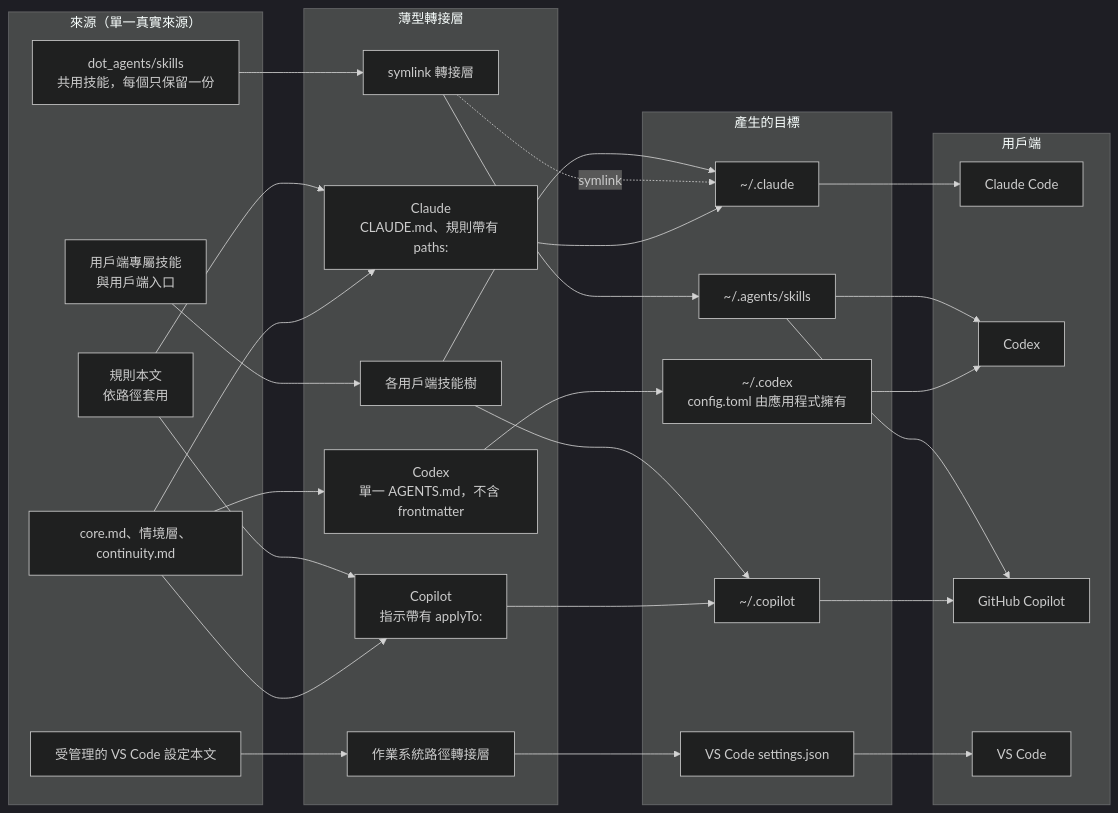
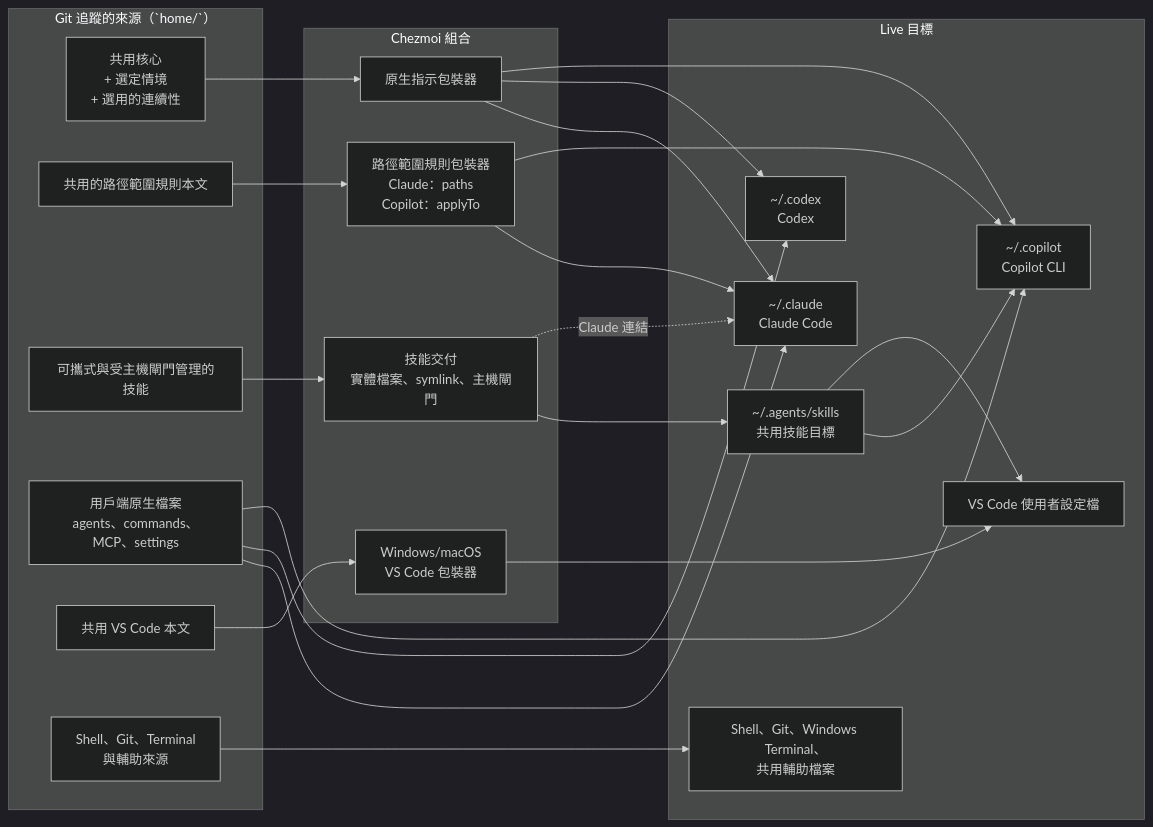
The diagram in README.zh-TW.md (sherrilla71940/dotfiles), drawn with Mermaid (dark theme) before and after one commit. The commit also changed other lines of this file and 2 other files, not shown here.

````diff
--- a/README.zh-TW.md
+++ b/README.zh-TW.md
@@ -44,59 +79,50 @@
-~~~mermaid
+```mermaid
 flowchart LR
-    subgraph sourceState["來源（單一真實來源）"]
-        core["core.md、情境層、continuity.md"]
-        rules["規則本文<br/>依路徑套用"]
-        vscodeBody["受管理的 VS Code 設定本文"]
-        sharedSkills["dot_agents/skills<br/>共用技能，每個只保留一份"]
-        clientSkills["用戶端專屬技能<br/>與用戶端入口"]
+    subgraph source["Git 追蹤的來源（`home/`）"]
+        core["共用核心<br/>+ 選定情境<br/>+ 選用的連續性"]
+        rules["共用的路徑範圍規則本文"]
+        skills["可攜式與受主機閘門管理的技能"]
+        native["用戶端原生檔案<br/>agents、commands、MCP、settings"]
+        vscodeBody["共用 VS Code 本文"]
+        platform["Shell、Git、Terminal<br/>與輔助來源"]
     end
 
-    subgraph adapters["薄型轉接層"]
-        claudeAdapter["Claude<br/>CLAUDE.md、規則帶有 paths:"]
-        codexAdapter["Codex<br/>單一 AGENTS.md，不含 frontmatter"]
-        copilotAdapter["Copilot<br/>指示帶有 applyTo:"]
-        pathWrapper["作業系統路徑轉接層"]
-        skillAdapter["symlink 轉接層"]
-        clientSkillAdapter["各用戶端技能樹"]
+    subgraph render["Chezmoi 組合"]
+        instructionAdapters["原生指示包裝器"]
+        ruleAdapters["路徑範圍規則包裝器<br/>Claude：paths<br/>Copilot：applyTo"]
+        skillDelivery["技能交付<br/>實體檔案、symlink、主機閘門"]
+        osAdapters["Windows/macOS<br/>VS Code 包裝器"]
     end
 
-    subgraph renderedTargets["產生的目標"]
-        claudeTarget["~/.claude"]
-        codexTarget["~/.codex<br/>config.toml 由應用程式擁有"]
-        copilotTarget["~/.copilot"]
-        vscodeTarget["VS Code settings.json"]
-        agentsTarget["~/.agents/skills"]
+    subgraph targets["Live 目標"]
+        claude["~/.claude<br/>Claude Code"]
+        codex["~/.codex<br/>Codex"]
+        copilot["~/.copilot<br/>Copilot CLI"]
+        agents["~/.agents/skills<br/>共用技能目標"]
+        vscode["VS Code 使用者設定檔"]
+        other["Shell、Git、Windows Terminal、<br/>共用輔助檔案"]
     end
 
-    subgraph clients["用戶端"]
-        claudeClient["Claude Code"]
-        codexClient["Codex"]
-        copilotClient["GitHub Copilot"]
-        vscodeClient["VS Code"]
-    end
+    core --> instructionAdapters
+    instructionAdapters --> claude
+    instructionAdapters --> codex
+    instructionAdapters --> copilot
 
-    core --> claudeAdapter
-    core --> codexAdapter
-    core --> copilotAdapter
-    rules --> claudeAdapter
-    rules --> copilotAdapter
-    sharedSkills --> skillAdapter
-    clientSkills --> clientSkillAdapter
-    vscodeBody --> pathWrapper
+    rules --> ruleAdapters
+    ruleAdapters --> claude
+    ruleAdapters --> copilot
 
-    claudeAdapter --> claudeTarget
-    codexAdapter --> codexTarget
-    copilotAdapter --> copilotTarget
-    skillAdapter --> agentsTarget
-    skillAdapter -.->|"symlink"| claudeTarget
-    clientSkillAdapter --> claudeTarget
-    clientSkillAdapter --> copilotTarget
-    pathWrapper --> vscodeTarget
+    skills --> skillDelivery
+    skillDelivery --> agents
+    skillDelivery -.->|"Claude 連結"| claude
 
-    claudeTarget --> claudeClient
-    codexTarget --> codexClient
-    copilotTarget --> copilotClient
-    vscodeTarget --> vscodeClient
-    agentsTarget --> codexClient
-    agentsTarget --> copilotClient
-~~~
+    native --> claude
+    native --> codex
+    native --> copilot
+
+    vscodeBody --> osAdapters --> vscode
+    platform --> other
+
+    agents --> copilot
+    agents --> vscode
+```
````
